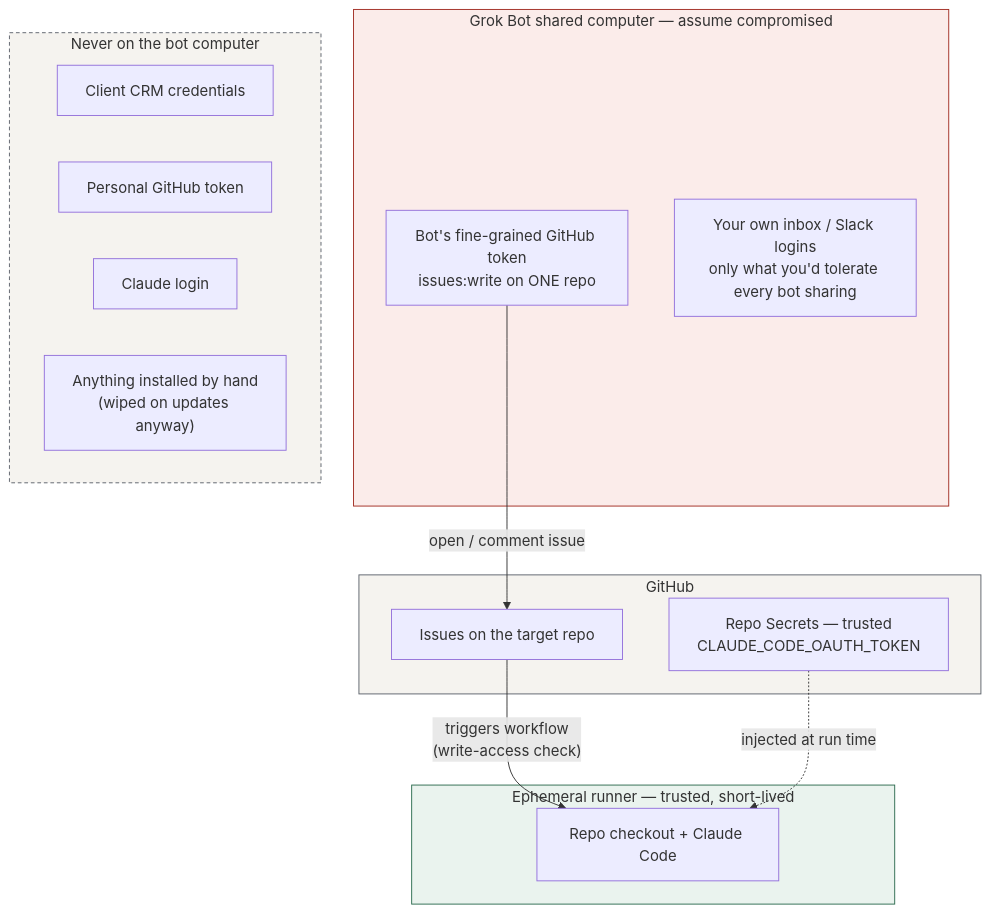
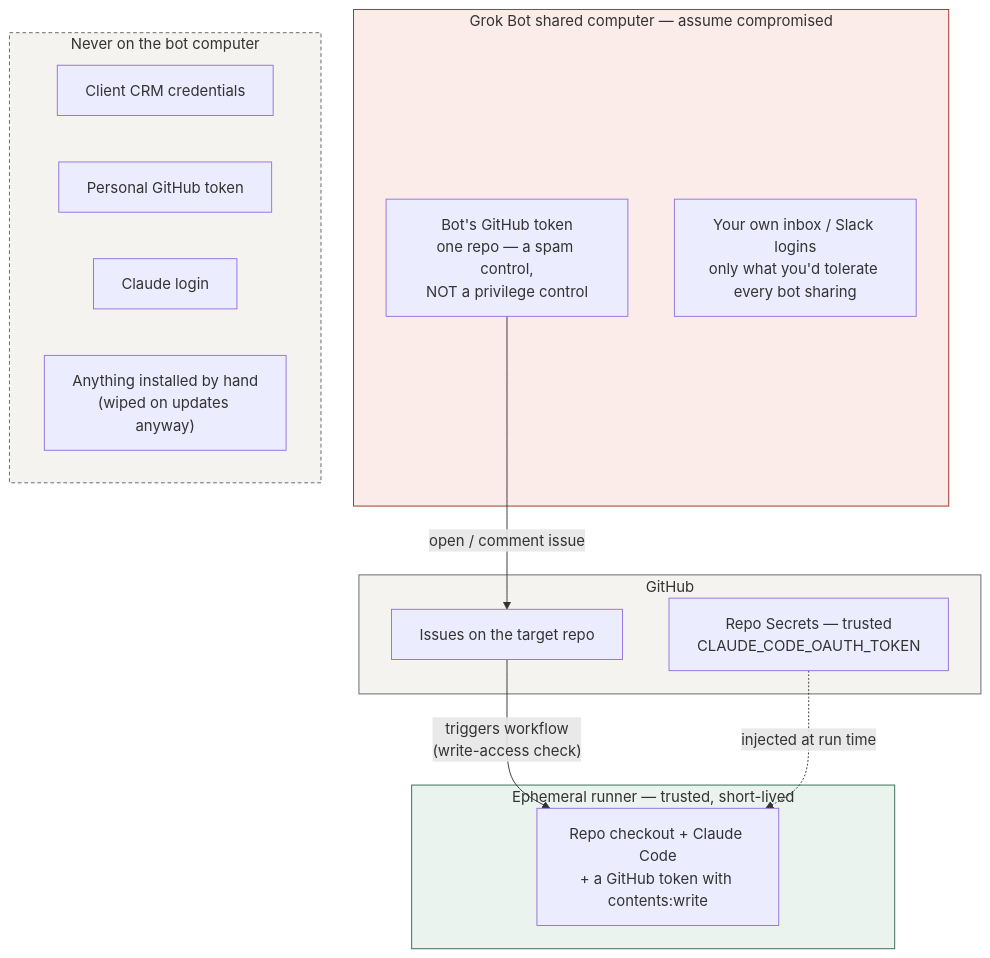
One commit to mathew-builds/Handoff changed the diagram in docs/05-security.md. Above: the diagram before and after it, drawn with Mermaid. The commit also changed other lines of this file and 18 other files, not shown here.

````diff
--- a/docs/05-security.md
+++ b/docs/05-security.md
@@ -5,27 +5,27 @@
 ```mermaid
 flowchart TB
     subgraph GB["Grok Bot shared computer — assume compromised"]
-        T1["Bot's fine-grained GitHub token<br/>issues:write on ONE repo"]
+        T1["Bot's GitHub token<br/>one repo — a spam control,<br/>NOT a privilege control"]
         T2["Your own inbox / Slack logins<br/>only what you'd tolerate every bot sharing"]
     end
     subgraph GH["GitHub"]
         ISSUES["Issues on the target repo"]
         SEC["Repo Secrets — trusted<br/>CLAUDE_CODE_OAUTH_TOKEN"]
     end
     subgraph RUN["Ephemeral runner — trusted, short-lived"]
-        T4["Repo checkout + Claude Code"]
+        T4["Repo checkout + Claude Code<br/>+ a GitHub token with contents:write"]
     end
     subgraph NO["Never on the bot computer"]
         X1["Client CRM credentials"]
         X2["Personal GitHub token"]
         X3["Claude login"]
         X4["Anything installed by hand<br/>(wiped on updates anyway)"]
     end
     T1 -- "open / comment issue" --> ISSUES
     ISSUES -- "triggers workflow<br/>(write-access check)" --> T4
     SEC -. "injected at run time" .-> T4
     style GB fill:#FBECEA,stroke:#A02B20
     style GH fill:#F5F3EF,stroke:#5C626B
     style RUN fill:#EAF3EE,stroke:#2C6B4F
     style NO fill:#F5F3EF,stroke:#5C626B,stroke-dasharray: 4 3
 ```
````
